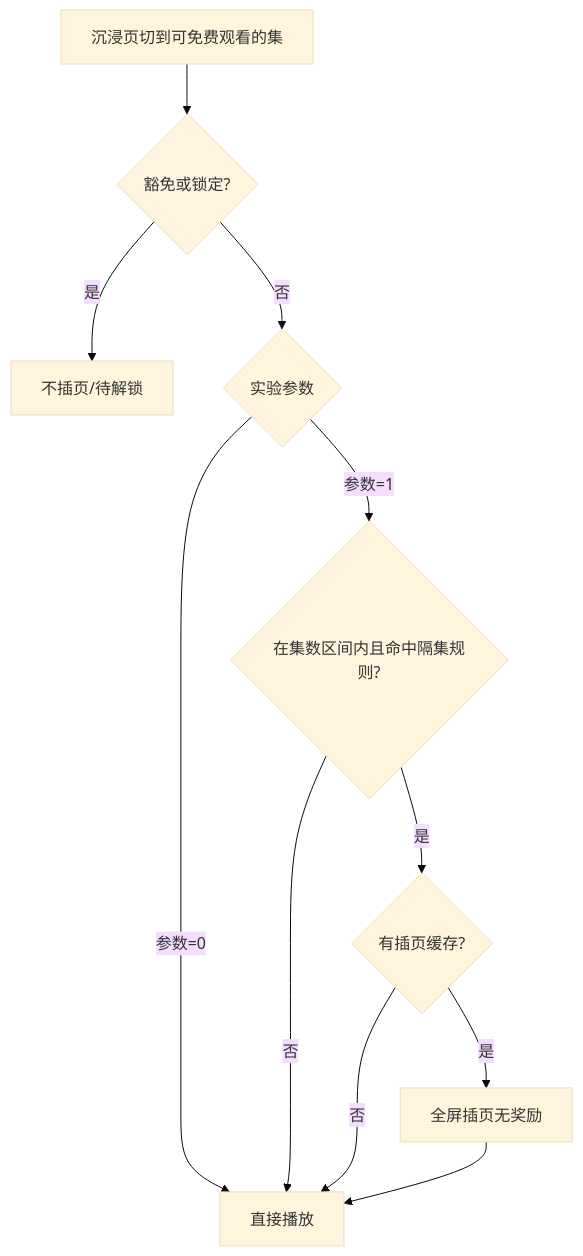
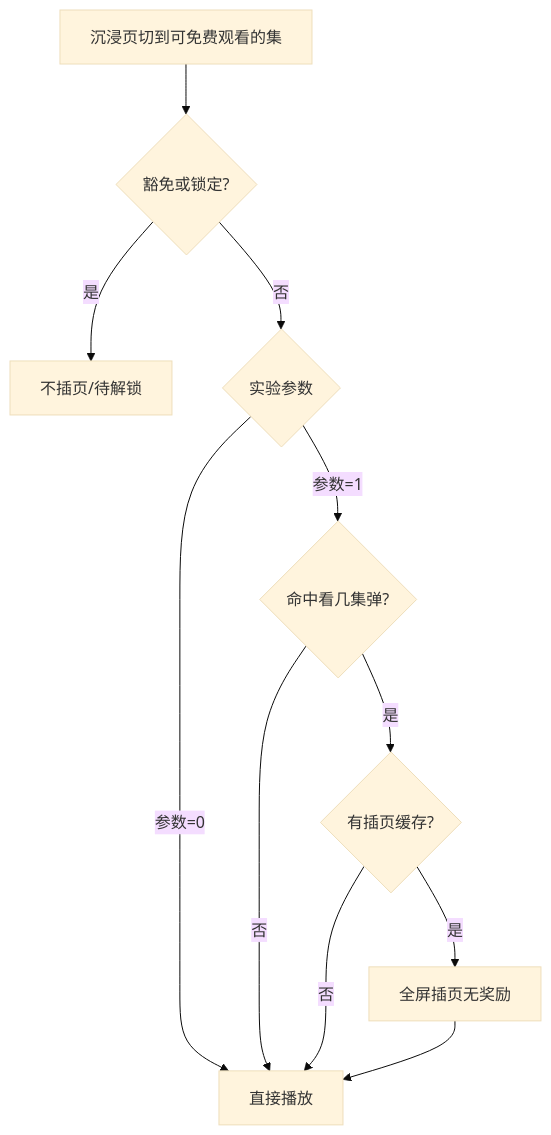
One commit to king460357/ff-app-prd changed the second of 2 diagrams in docs/20260520/PRD/开屏与免费集插页AB/20260520_开屏与免费集插页AB_PRD.md. Above: the diagram before and after it, drawn with Mermaid (base theme). The commit also changed other lines of this file and 2 other files, not shown here.

````diff
--- a/docs/20260520/PRD/开屏与免费集插页AB/20260520_开屏与免费集插页AB_PRD.md
+++ b/docs/20260520/PRD/开屏与免费集插页AB/20260520_开屏与免费集插页AB_PRD.md
@@ -117,13 +117,13 @@
 ```mermaid
 flowchart TD
   B1[沉浸页切到可免费观看的集] --> B2{豁免或锁定?}
   B2 -->|是| B9[不插页/待解锁]
   B2 -->|否| B3{实验参数}
   B3 -->|参数=0| B8[直接播放]
-  B3 -->|参数=1| B4{在集数区间内且命中隔集规则?}
+  B3 -->|参数=1| B4{命中看几集弹?}
   B4 -->|否| B8
   B4 -->|是| B5{有插页缓存?}
   B5 -->|是| B6[全屏插页无奖励]
   B5 -->|否| B8
   B6 --> B8
 ```
````
